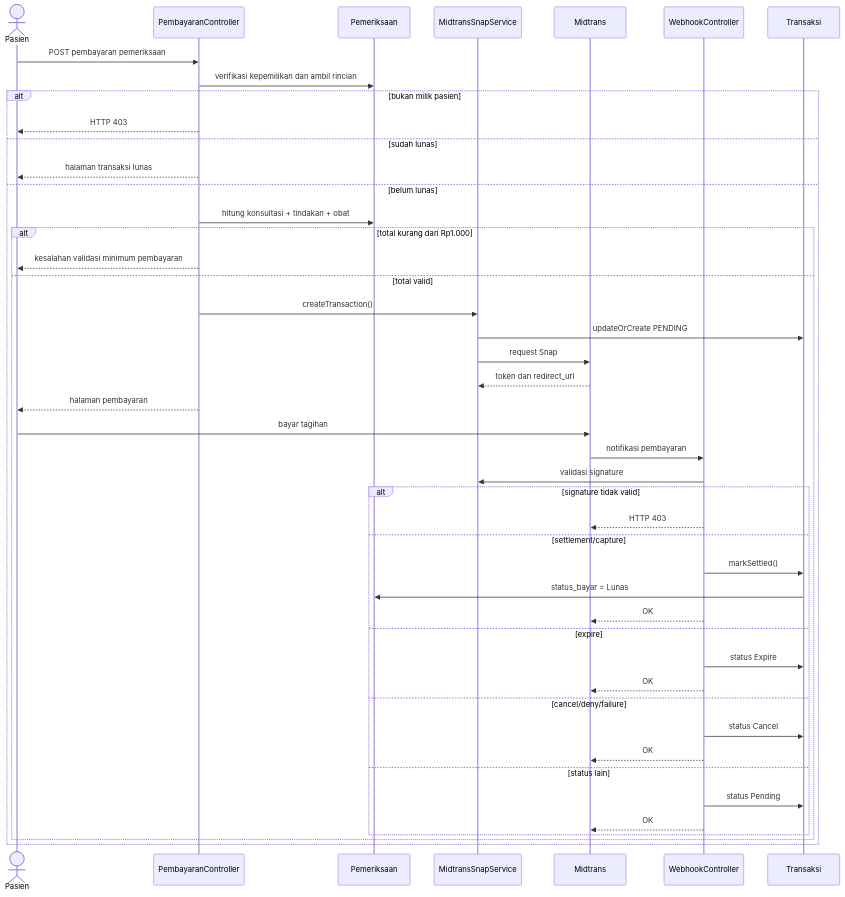
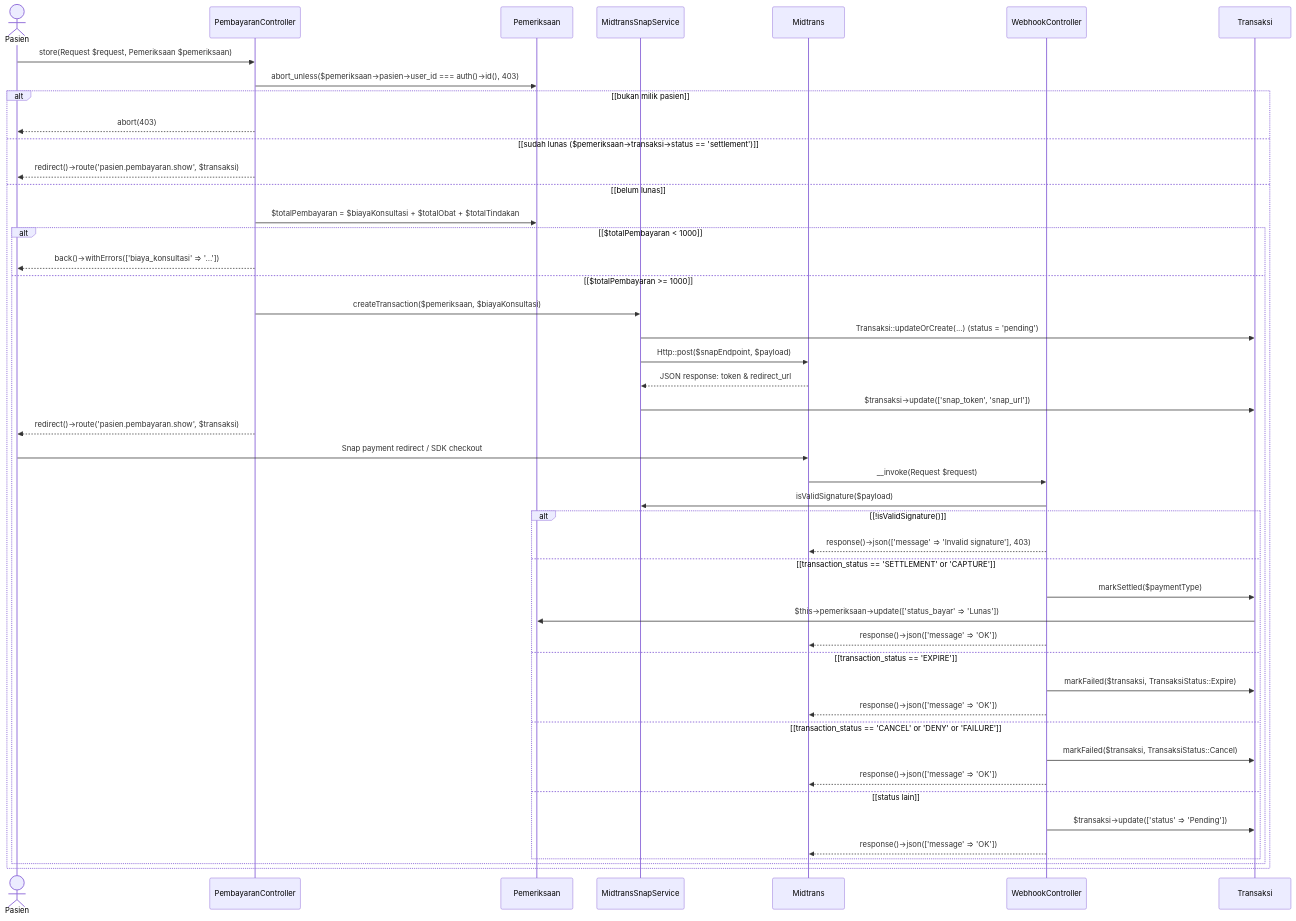
Before and after one commit to Faathir81/Sistem-Informasi-Klinik: the fifth of 7 diagrams in dokumentasi/spesifikasi-proyek/sequence-diagrams.md, drawn with Mermaid. The commit also changed other lines of this file, not shown here.

Commit message:
docs: update sequence diagrams with technical terminology

````diff
--- a/dokumentasi/spesifikasi-proyek/sequence-diagrams.md
+++ b/dokumentasi/spesifikasi-proyek/sequence-diagrams.md
@@ -151,48 +152,49 @@
 ```mermaid
 sequenceDiagram
     actor Pasien
     participant Controller as PembayaranController
     participant Pemeriksaan
     participant Snap as MidtransSnapService
     participant Midtrans
     participant Webhook as WebhookController
     participant Transaksi
 
-    Pasien->>Controller: POST pembayaran pemeriksaan
-    Controller->>Pemeriksaan: verifikasi kepemilikan dan ambil rincian
-    alt bukan milik pasien
-        Controller-->>Pasien: HTTP 403
-    else sudah lunas
-        Controller-->>Pasien: halaman transaksi lunas
-    else belum lunas
-    Controller->>Pemeriksaan: hitung konsultasi + tindakan + obat
-        alt total kurang dari Rp1.000
-            Controller-->>Pasien: kesalahan validasi minimum pembayaran
-        else total valid
-    Controller->>Snap: createTransaction()
-    Snap->>Transaksi: updateOrCreate PENDING
-    Snap->>Midtrans: request Snap
-    Midtrans-->>Snap: token dan redirect_url
-    Controller-->>Pasien: halaman pembayaran
-    Pasien->>Midtrans: bayar tagihan
-    Midtrans->>Webhook: notifikasi pembayaran
-    Webhook->>Snap: validasi signature
-            alt signature tidak valid
-                Webhook-->>Midtrans: HTTP 403
-            else settlement/capture
-                Webhook->>Transaksi: markSettled()
-                Transaksi->>Pemeriksaan: status_bayar = Lunas
-                Webhook-->>Midtrans: OK
-            else expire
-                Webhook->>Transaksi: status Expire
-                Webhook-->>Midtrans: OK
-            else cancel/deny/failure
-                Webhook->>Transaksi: status Cancel
-                Webhook-->>Midtrans: OK
-            else status lain
-                Webhook->>Transaksi: status Pending
-                Webhook-->>Midtrans: OK
+    Pasien->>Controller: store(Request $request, Pemeriksaan $pemeriksaan)
+    Controller->>Pemeriksaan: abort_unless($pemeriksaan->pasien->user_id === auth()->id(), 403)
+    alt [bukan milik pasien]
+        Controller-->>Pasien: abort(403)
+    else [sudah lunas ($pemeriksaan->transaksi->status == 'settlement')]
+        Controller-->>Pasien: redirect()->route('pasien.pembayaran.show', $transaksi)
+    else [belum lunas]
+        Controller->>Pemeriksaan: $totalPembayaran = $biayaKonsultasi + $totalObat + $totalTindakan
+        alt [$totalPembayaran < 1000]
+            Controller-->>Pasien: back()->withErrors(['biaya_konsultasi' => '...'])
+        else [$totalPembayaran >= 1000]
+            Controller->>Snap: createTransaction($pemeriksaan, $biayaKonsultasi)
+            Snap->>Transaksi: Transaksi::updateOrCreate(...) (status = 'pending')
+            Snap->>Midtrans: Http::post($snapEndpoint, $payload)
+            Midtrans-->>Snap: JSON response: token & redirect_url
+            Snap->>Transaksi: $transaksi->update(['snap_token', 'snap_url'])
+            Controller-->>Pasien: redirect()->route('pasien.pembayaran.show', $transaksi)
+            Pasien->>Midtrans: Snap payment redirect / SDK checkout
+            Midtrans->>Webhook: __invoke(Request $request)
+            Webhook->>Snap: isValidSignature($payload)
+            alt [!isValidSignature()]
+                Webhook-->>Midtrans: response()->json(['message' => 'Invalid signature'], 403)
+            else [transaction_status == 'SETTLEMENT' or 'CAPTURE']
+                Webhook->>Transaksi: markSettled($paymentType)
+                Transaksi->>Pemeriksaan: $this->pemeriksaan->update(['status_bayar' => 'Lunas'])
+                Webhook-->>Midtrans: response()->json(['message' => 'OK'])
+            else [transaction_status == 'EXPIRE']
+                Webhook->>Transaksi: markFailed($transaksi, TransaksiStatus::Expire)
+                Webhook-->>Midtrans: response()->json(['message' => 'OK'])
+            else [transaction_status == 'CANCEL' or 'DENY' or 'FAILURE']
+                Webhook->>Transaksi: markFailed($transaksi, TransaksiStatus::Cancel)
+                Webhook-->>Midtrans: response()->json(['message' => 'OK'])
+            else [status lain]
+                Webhook->>Transaksi: $transaksi->update(['status' => 'Pending'])
+                Webhook-->>Midtrans: response()->json(['message' => 'OK'])
             end
         end
     end
 ```
````
